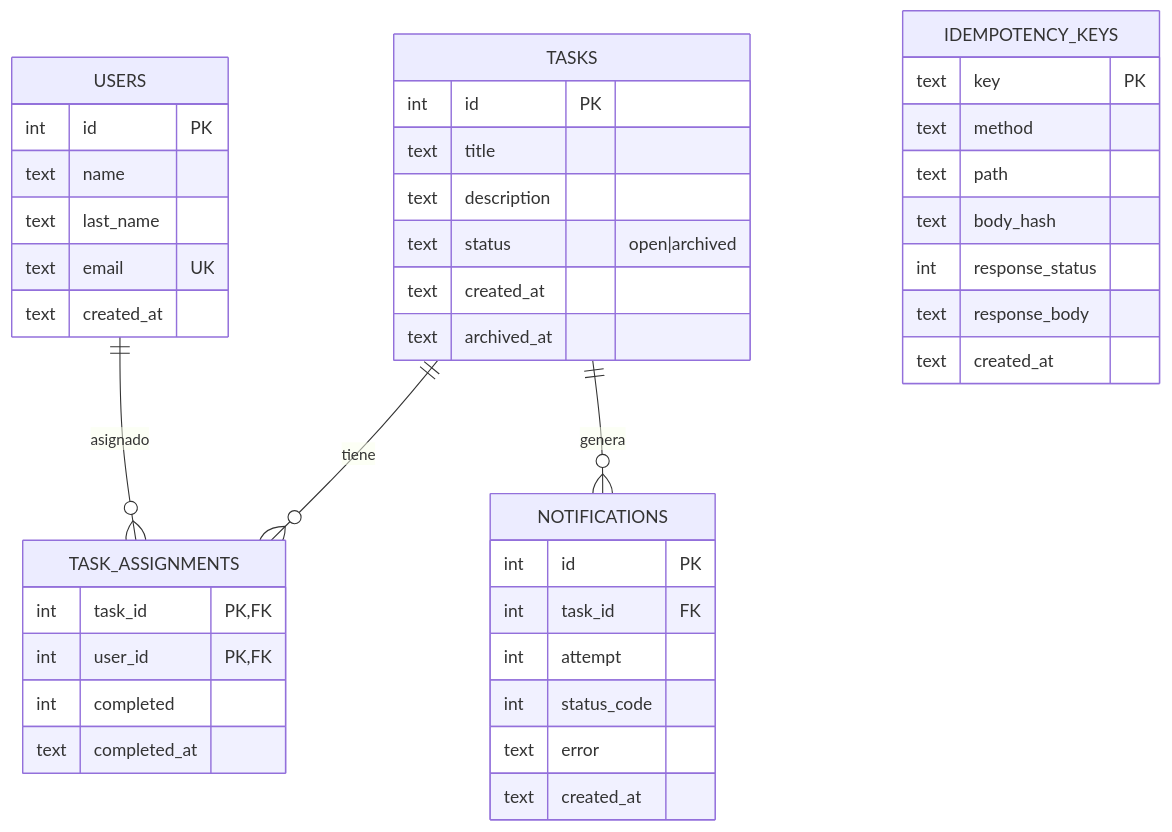
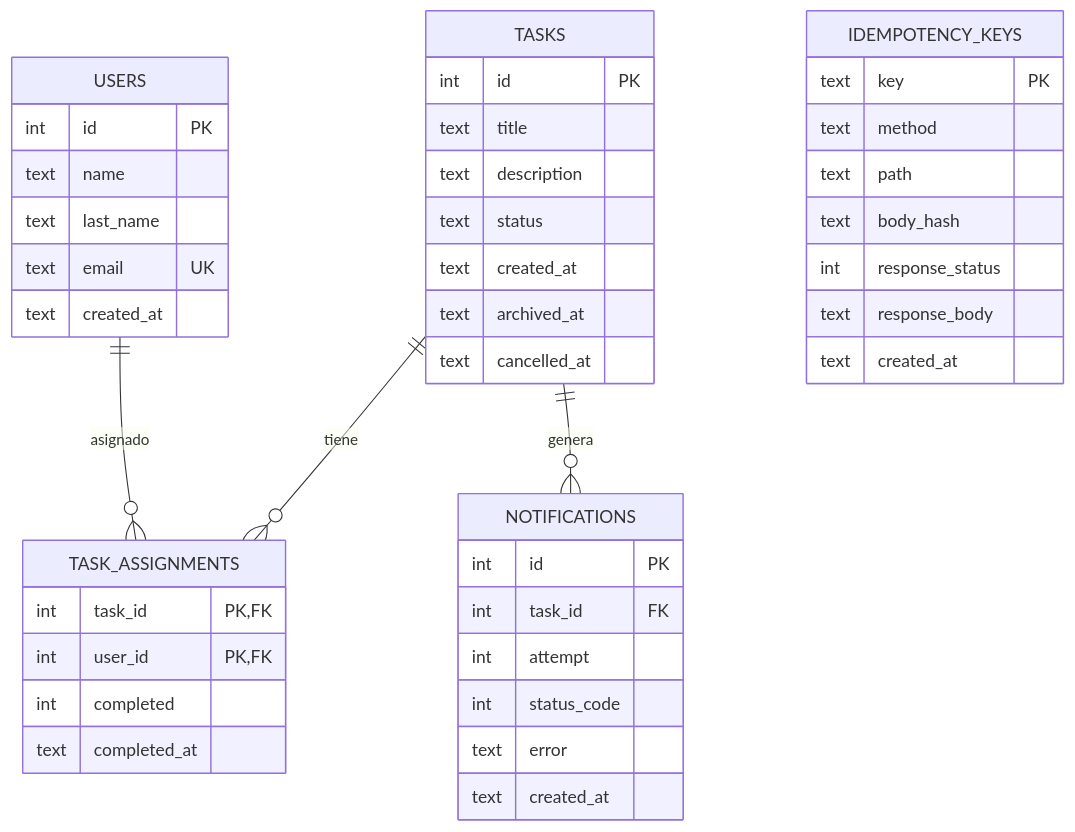
The diagram in README.md (JhonatanMinos/retoBack), drawn with Mermaid before and after one commit. The commit also changed other lines of this file and 2 other files, not shown here.

````diff
--- a/README.md
+++ b/README.md
@@ -54,45 +243,50 @@
 ```mermaid
 erDiagram
-  USERS ||--o{ TASK_ASSIGNMENTS : "asignado"
-  TASKS ||--o{ TASK_ASSIGNMENTS : "tiene"
-  TASKS ||--o{ NOTIFICATIONS : "genera"
+    USERS ||--o{ TASK_ASSIGNMENTS : "asignado"
+    TASKS ||--o{ TASK_ASSIGNMENTS : "tiene"
+    TASKS ||--o{ NOTIFICATIONS : "genera"
 
-  USERS {
-    int id PK
-    text name
-    text last_name
-    text email UK
-    text created_at
-  }
-  TASKS {
-    int id PK
-    text title
-    text description
-    text status "open|archived"
-    text created_at
-    text archived_at
-  }
-  TASK_ASSIGNMENTS {
-    int task_id PK,FK
-    int user_id PK,FK
-    int completed
-    text completed_at
-  }
-  IDEMPOTENCY_KEYS {
-    text key PK
-    text method
-    text path
-    text body_hash
-    int response_status
-    text response_body
-    text created_at
-  }
-  NOTIFICATIONS {
-    int id PK
-    int task_id FK
-    int attempt
-    int status_code
-    text error
-    text created_at
-  }
+    USERS {
+        int id PK
+        text name
+        text last_name
+        text email UK
+        text created_at
+    }
+
+    TASKS {
+        int id PK
+        text title
+        text description
+        text status
+        text created_at
+        text archived_at
+        text cancelled_at
+    }
+
+    TASK_ASSIGNMENTS {
+        int task_id PK,FK
+        int user_id PK,FK
+        int completed
+        text completed_at
+    }
+
+    IDEMPOTENCY_KEYS {
+        text key PK
+        text method
+        text path
+        text body_hash
+        int response_status
+        text response_body
+        text created_at
+    }
+
+    NOTIFICATIONS {
+        int id PK
+        int task_id FK
+        int attempt
+        int status_code
+        text error
+        text created_at
+    }
 ```
````
